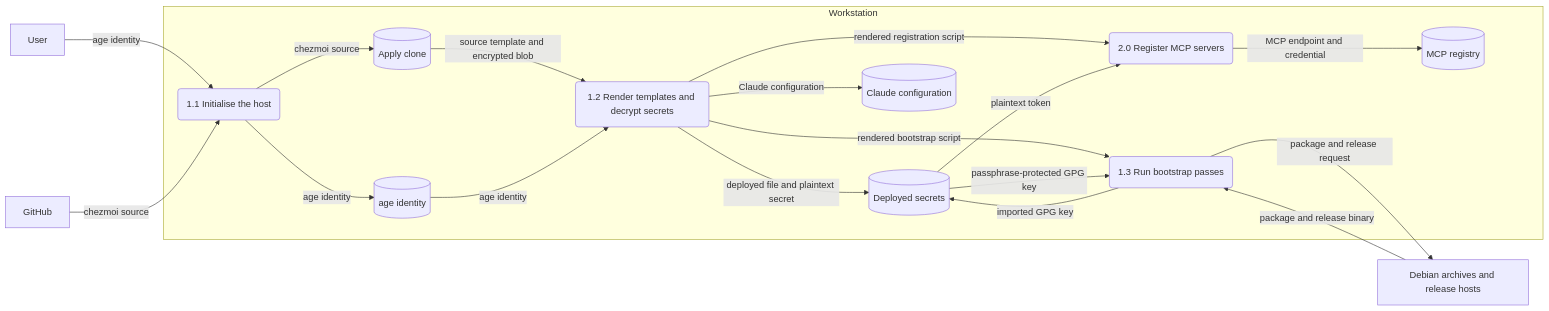
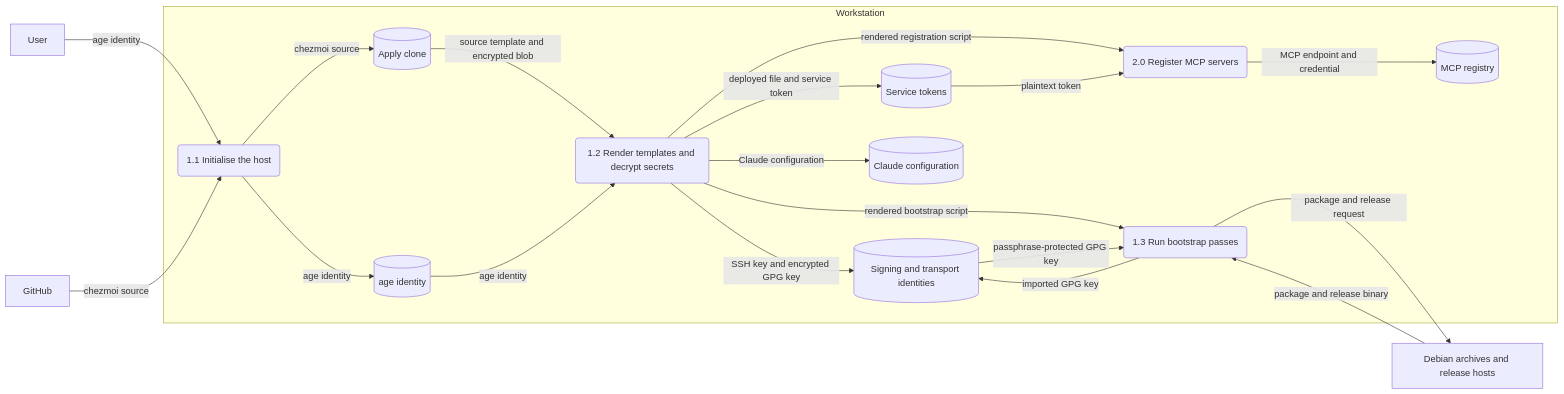
The third of 5 diagrams in docs/explanation/data-flow.md (alunduil/alunduil-chezmoi), drawn with Mermaid before and after one commit. The commit also changed other lines of this file, not shown here.

First line of the commit message:
Refactor the data flow diagram against Fowler

````diff
--- a/docs/explanation/data-flow.md
+++ b/docs/explanation/data-flow.md
@@ -189,38 +195,40 @@
 ```mermaid
 flowchart LR
   user[User]
   github[GitHub]
   upstream[Debian archives and release hosts]
 
   subgraph ws[Workstation]
     p11(1.1 Initialise the host)
     p12(1.2 Render templates and decrypt secrets)
     p13(1.3 Run bootstrap passes)
     p2(2.0 Register MCP servers)
 
     s1[(Apply clone)]
     s2[(age identity)]
-    s3[(Deployed secrets)]
+    s3[(Service tokens)]
+    s8[(Signing and transport identities)]
     s4[(MCP registry)]
     s5[(Claude configuration)]
   end
 
   user -->|age identity| p11
   github -->|chezmoi source| p11
   p11 -->|age identity| s2
   p11 -->|chezmoi source| s1
 
   s1 -->|source template and encrypted blob| p12
   s2 -->|age identity| p12
-  p12 -->|deployed file and plaintext secret| s3
+  p12 -->|deployed file and service token| s3
+  p12 -->|SSH key and encrypted GPG key| s8
   p12 -->|Claude configuration| s5
   p12 -->|rendered registration script| p2
   p12 -->|rendered bootstrap script| p13
   s3 -->|plaintext token| p2
   p2 -->|MCP endpoint and credential| s4
 
-  s3 -->|passphrase-protected GPG key| p13
-  p13 -->|imported GPG key| s3
+  s8 -->|passphrase-protected GPG key| p13
+  p13 -->|imported GPG key| s8
   p13 -->|package and release request| upstream
   upstream -->|package and release binary| p13
 ```
````
